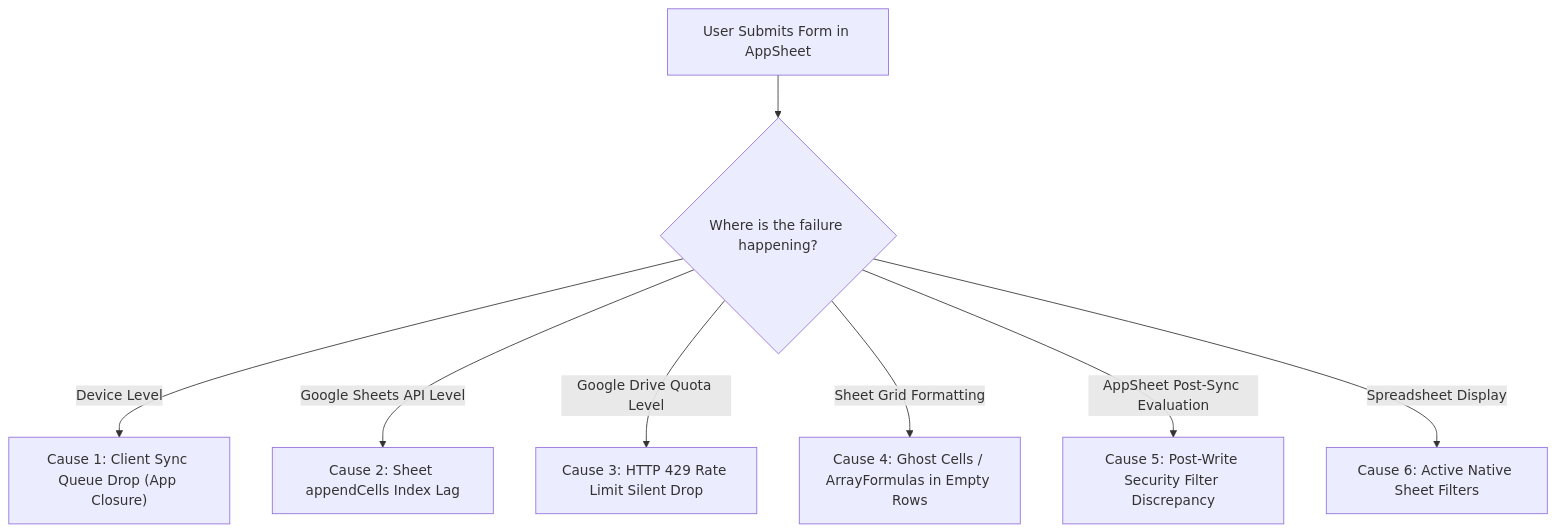
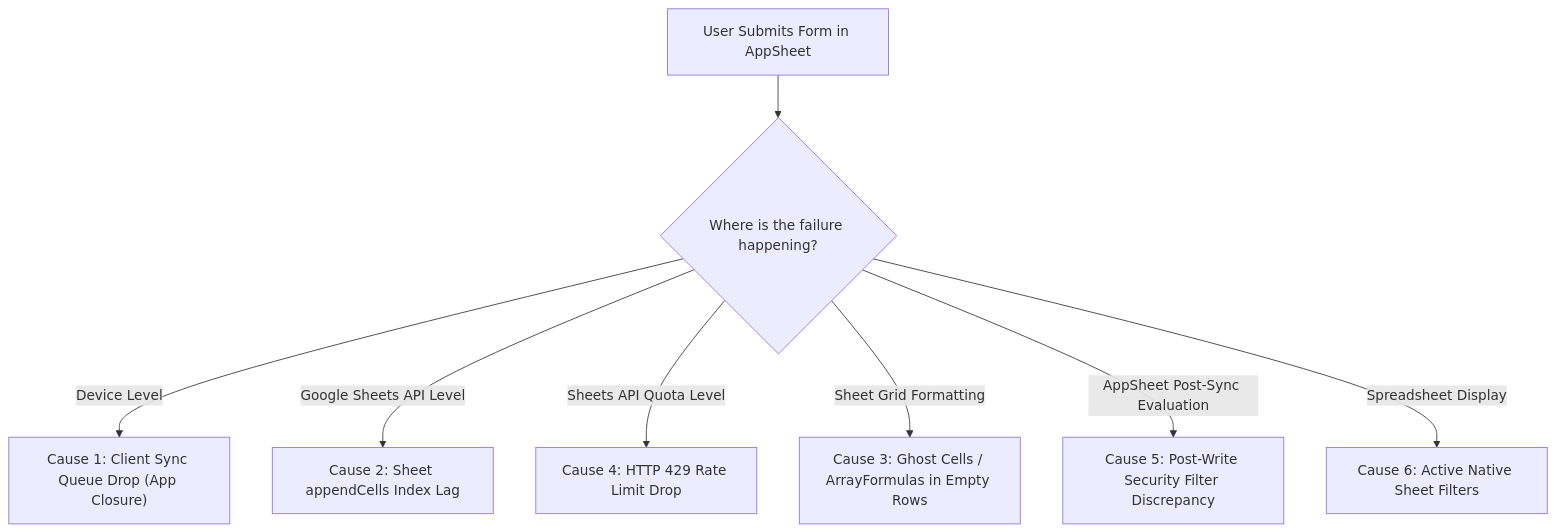
Before and after one commit to t4nk3rchu/appsheet-architect: the diagram in skills/appsheet/references/database-design-and-sheets.md, drawn with Mermaid. The commit also changed other lines of this file and 11 other files, not shown here.

````diff
--- a/skills/appsheet/references/database-design-and-sheets.md
+++ b/skills/appsheet/references/database-design-and-sheets.md
@@ -140,10 +140,10 @@
 ```mermaid
 graph TD
     A["User Submits Form in AppSheet"] --> B{"Where is the failure happening?"}
     B -->|"Device Level"| C["Cause 1: Client Sync Queue Drop (App Closure)"]
     B -->|"Google Sheets API Level"| D["Cause 2: Sheet appendCells Index Lag"]
-    B -->|"Google Drive Quota Level"| E["Cause 3: HTTP 429 Rate Limit Silent Drop"]
-    B -->|"Sheet Grid Formatting"| F["Cause 4: Ghost Cells / ArrayFormulas in Empty Rows"]
+    B -->|"Sheets API Quota Level"| E["Cause 4: HTTP 429 Rate Limit Drop"]
+    B -->|"Sheet Grid Formatting"| F["Cause 3: Ghost Cells / ArrayFormulas in Empty Rows"]
     B -->|"AppSheet Post-Sync Evaluation"| G["Cause 5: Post-Write Security Filter Discrepancy"]
     B -->|"Spreadsheet Display"| H["Cause 6: Active Native Sheet Filters"]
 ```
````
